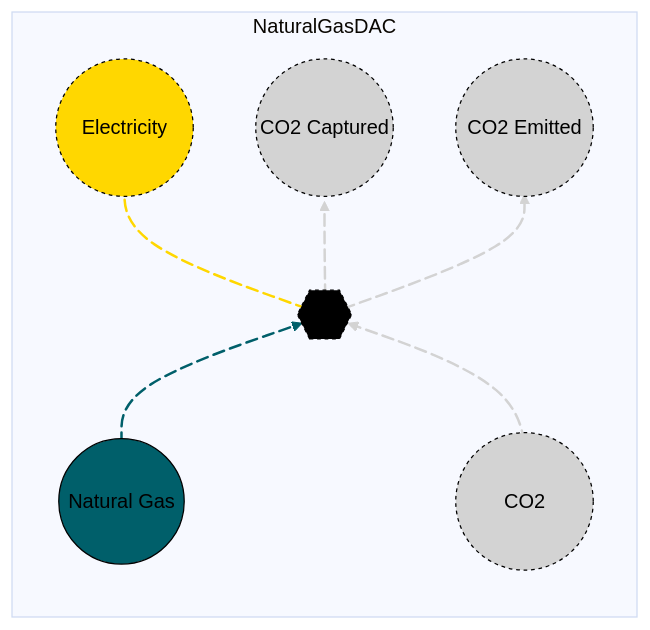
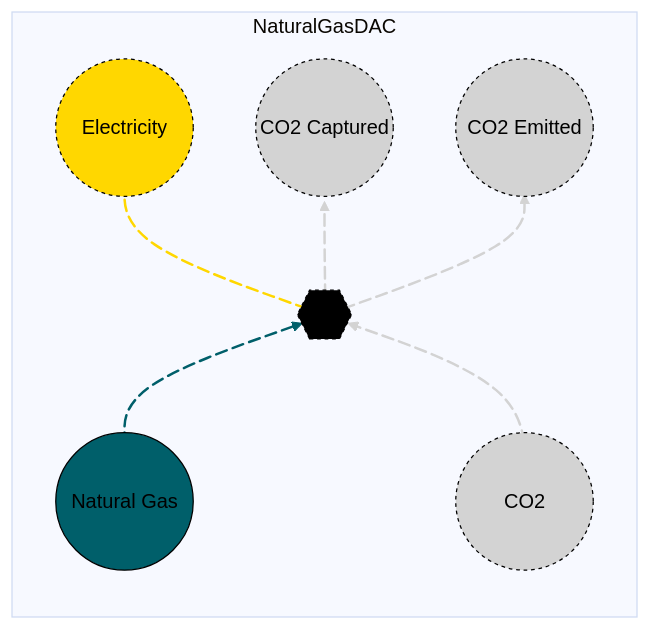
Before and after one commit to openmod-tracker/MacroEnergy.jl: the diagram in docs/src/Manual/assets/natgasdaq.md, drawn with Mermaid. The commit also changed other lines of this file and 10 other files, not shown here.

````diff
--- a/docs/src/Manual/assets/natgasdaq.md
+++ b/docs/src/Manual/assets/natgasdaq.md
@@ -24,30 +24,30 @@
 ```mermaid
 %%{init: {'theme': 'base', 'themeVariables': { 'background': '#D1EBDE' }}}%%
 flowchart LR
   subgraph NaturalGasDAC
     direction BT
     A((Natural Gas)) e1@--> C{{..}}
     B((CO2)) e2@--> C{{..}}
     C{{..}} e3@--> D((Electricity))
     C{{..}} e4@--> E((CO2 Captured))
     C{{..}} e5@--> F((CO2 Emitted))
     e1@{ animate: true }
     e2@{ animate: true }
     e3@{ animate: true }
     e4@{ animate: true }
     e5@{ animate: true }
   end
   
-    style A fill:#005F6A,stroke:black,color:black;
+    style A r:55px,fill:#005F6A,stroke:black,color:black;
     style B r:55px,fill:lightgray,stroke:black,color:black, stroke-dasharray: 3,5;
     style C r:55px,fill:black,stroke:black,color:black, stroke-dasharray: 3,5;
     style D r:55px,fill:#FFD700,stroke:black,color:black, stroke-dasharray: 3,5;
     style E r:55px,fill:lightgray,stroke:black,color:black, stroke-dasharray: 3,5;
     style F r:55px,fill:lightgray,stroke:black,color:black, stroke-dasharray: 3,5;
 
     linkStyle 0 stroke:#005F6A, stroke-width: 2px;
     linkStyle 1 stroke:lightgray, stroke-width: 2px;
     linkStyle 2 stroke:#FFD700, stroke-width: 2px;
     linkStyle 3 stroke:lightgray, stroke-width: 2px;
     linkStyle 4 stroke:lightgray, stroke-width: 2px;
 ```
````
